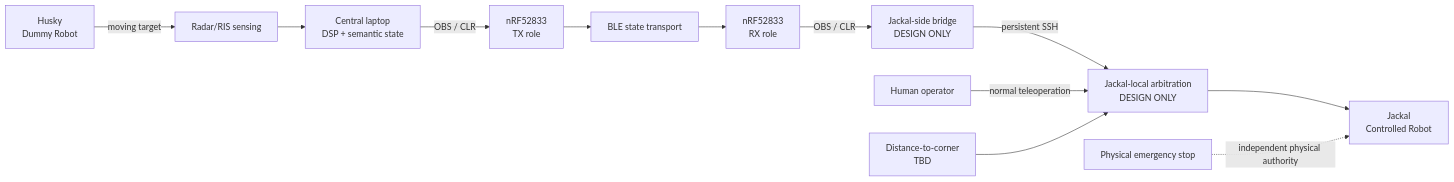
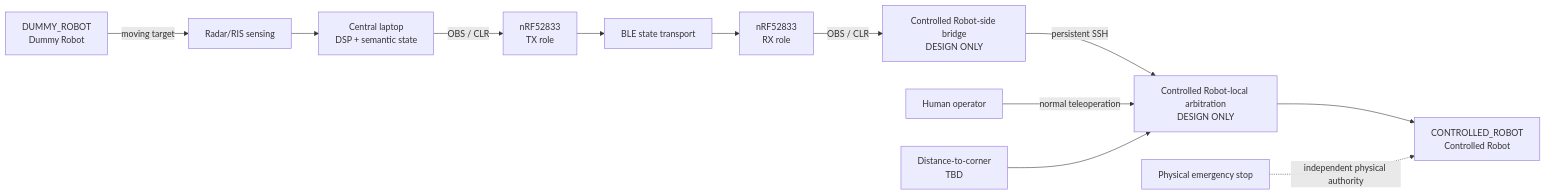
Before and after one commit to kirolossedra/RIS-Robotics: the first of 21 diagrams in system/architecture.md, drawn with Mermaid. The commit also changed other lines of this file and 7 other files, not shown here.

````diff
--- a/system/architecture.md
+++ b/system/architecture.md
@@ -82,26 +97,26 @@
 ```mermaid
 flowchart LR
     OP[Human operator]
-    H[Husky<br/>Dummy Robot]
+    H[DUMMY_ROBOT<br/>Dummy Robot]
     S[Radar/RIS sensing]
     DSP[Central laptop<br/>DSP + semantic state]
     TX[nRF52833<br/>TX role]
     BLE[BLE state transport]
     RX[nRF52833<br/>RX role]
-    BR[Jackal-side bridge<br/>DESIGN ONLY]
-    ROS[Jackal-local arbitration<br/>DESIGN ONLY]
+    BR[Controlled Robot-side bridge<br/>DESIGN ONLY]
+    ROS[Controlled Robot-local arbitration<br/>DESIGN ONLY]
     DIST[Distance-to-corner<br/>TBD]
-    J[Jackal<br/>Controlled Robot]
+    J[CONTROLLED_ROBOT<br/>Controlled Robot]
     ESTOP[Physical emergency stop]
 
     H -->|moving target| S
     S --> DSP
     DSP -->|OBS / CLR| TX
     TX --> BLE --> RX
     RX -->|OBS / CLR| BR
     BR -->|persistent SSH| ROS
     OP -->|normal teleoperation| ROS
     DIST --> ROS
     ROS --> J
     ESTOP -. independent physical authority .-> J
 ```
````
